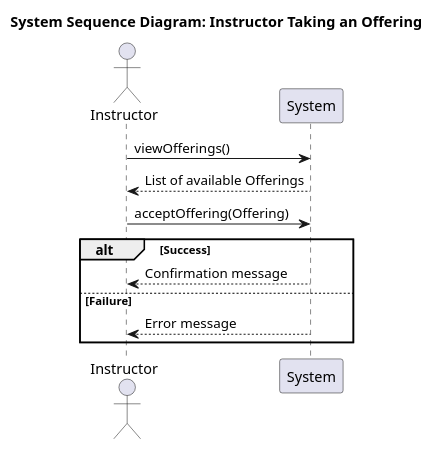
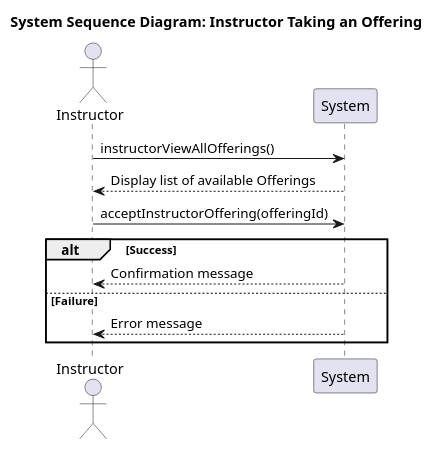
The diagram in diagrams/src/critical-use-cases/take-offering/SSD-take-offering.pu (NathanGrenier/SOEN-342-Project), drawn with PlantUML before and after one commit. The commit also changed 6 other files, not shown here.

Commit message:
2:refined diagrams and contracts

```diff
--- a/diagrams/src/critical-use-cases/take-offering/SSD-take-offering.pu
+++ b/diagrams/src/critical-use-cases/take-offering/SSD-take-offering.pu
@@ -1,17 +1,17 @@
 @startuml System Sequence Diagram: Instructor Taking an Offering
 title System Sequence Diagram: Instructor Taking an Offering
 
 actor Instructor
 participant System
 
-Instructor -> System: viewOfferings()
-System --> Instructor: List of available Offerings
+Instructor -> System: instructorViewAllOfferings()
+System --> Instructor: Display list of available Offerings
 
-Instructor -> System: acceptOffering(Offering)
+Instructor -> System: acceptInstructorOffering(offeringId)
 alt Success
     System --> Instructor: Confirmation message
 else Failure
     System --> Instructor: Error message
 end
 
 @enduml
```
